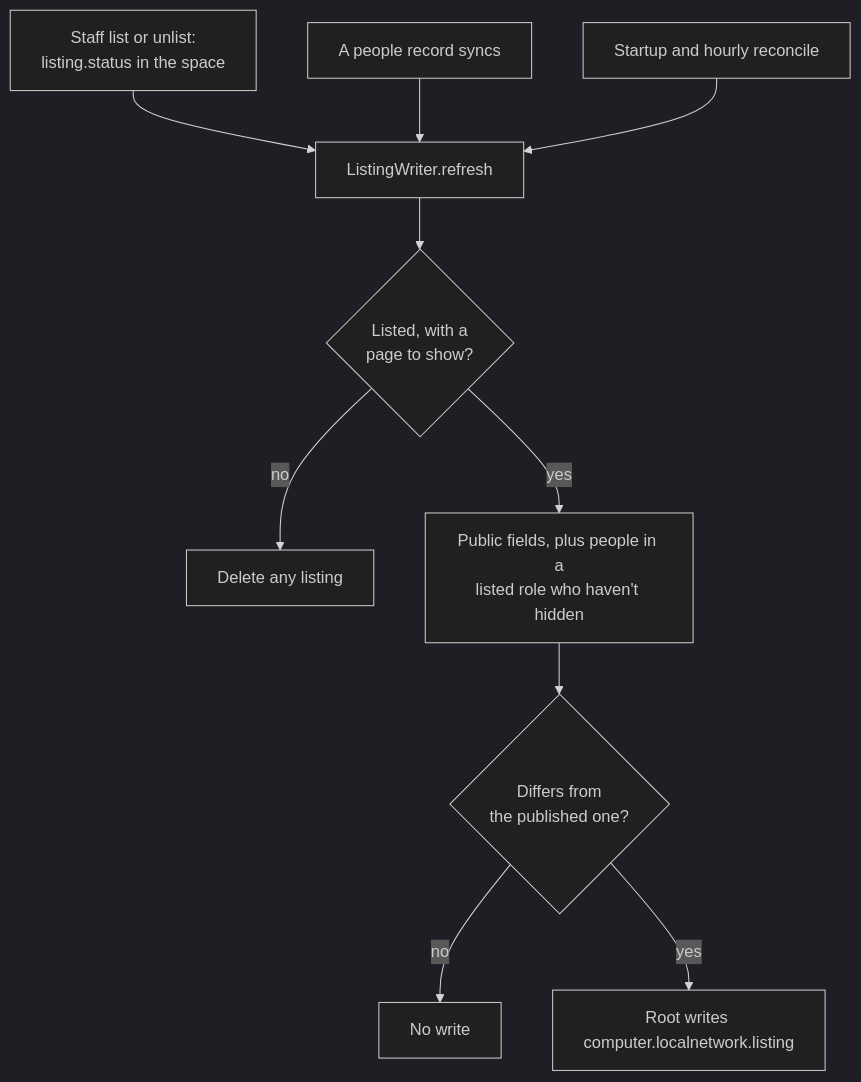
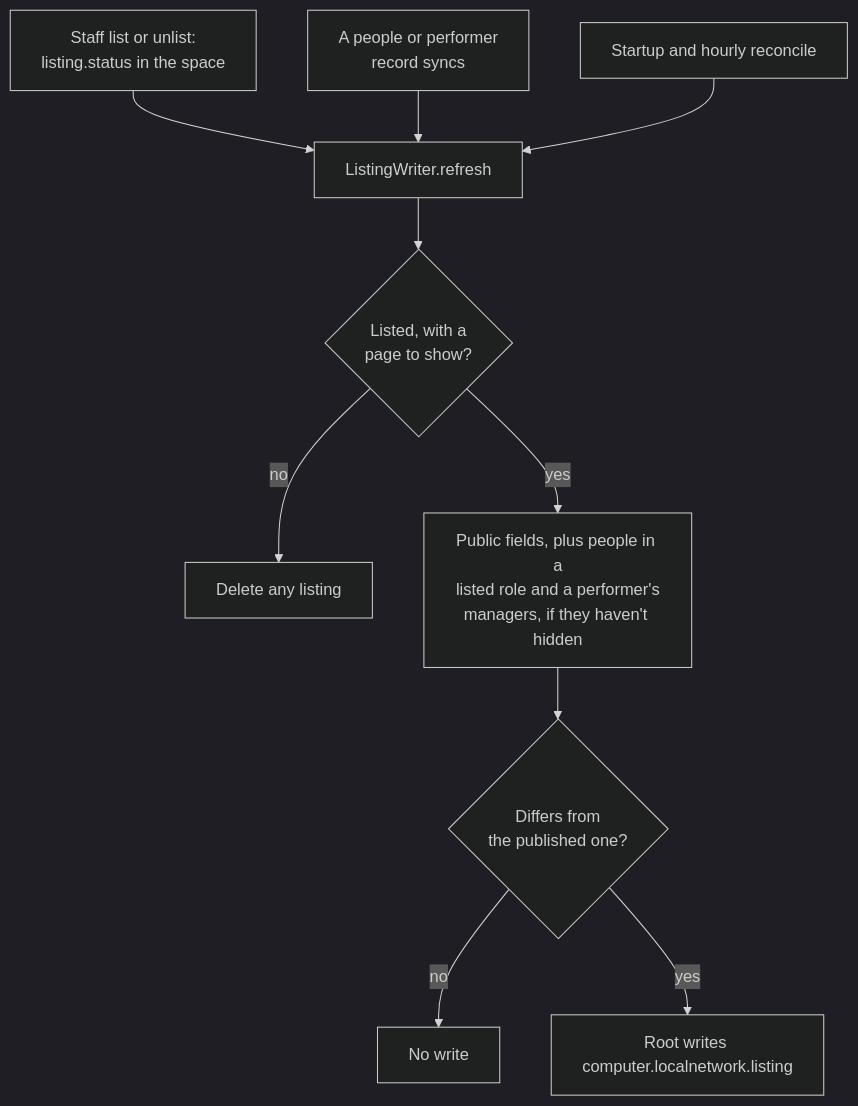
The eighth of 10 diagrams in apps/web/docs/diagrams/staff-and-upkeep.md (cutenode/localnetwork), drawn with Mermaid (dark theme) before and after one commit. The commit also changed other lines of this file and 31 other files, not shown here.

````diff
--- a/apps/web/docs/diagrams/staff-and-upkeep.md
+++ b/apps/web/docs/diagrams/staff-and-upkeep.md
@@ -164,12 +164,12 @@
 ```mermaid
 flowchart TD
   Status["Staff list or unlist:<br/>listing.status in the space"] --> Refresh["ListingWriter.refresh"]
-  People["A people record syncs"] --> Refresh
+  People["A people or performer<br/>record syncs"] --> Refresh
   Hourly["Startup and hourly reconcile"] --> Refresh
   Refresh --> Source{"Listed, with a<br/>page to show?"}
   Source -- "no" --> Delete["Delete any listing"]
-  Source -- "yes" --> Build["Public fields, plus people in a<br/>listed role who haven't hidden"]
+  Source -- "yes" --> Build["Public fields, plus people in a<br/>listed role and a performer's<br/>managers, if they haven't hidden"]
   Build --> Same{"Differs from<br/>the published one?"}
   Same -- "no" --> Skip["No write"]
   Same -- "yes" --> Put["Root writes computer.localnetwork.listing"]
 ```
````
